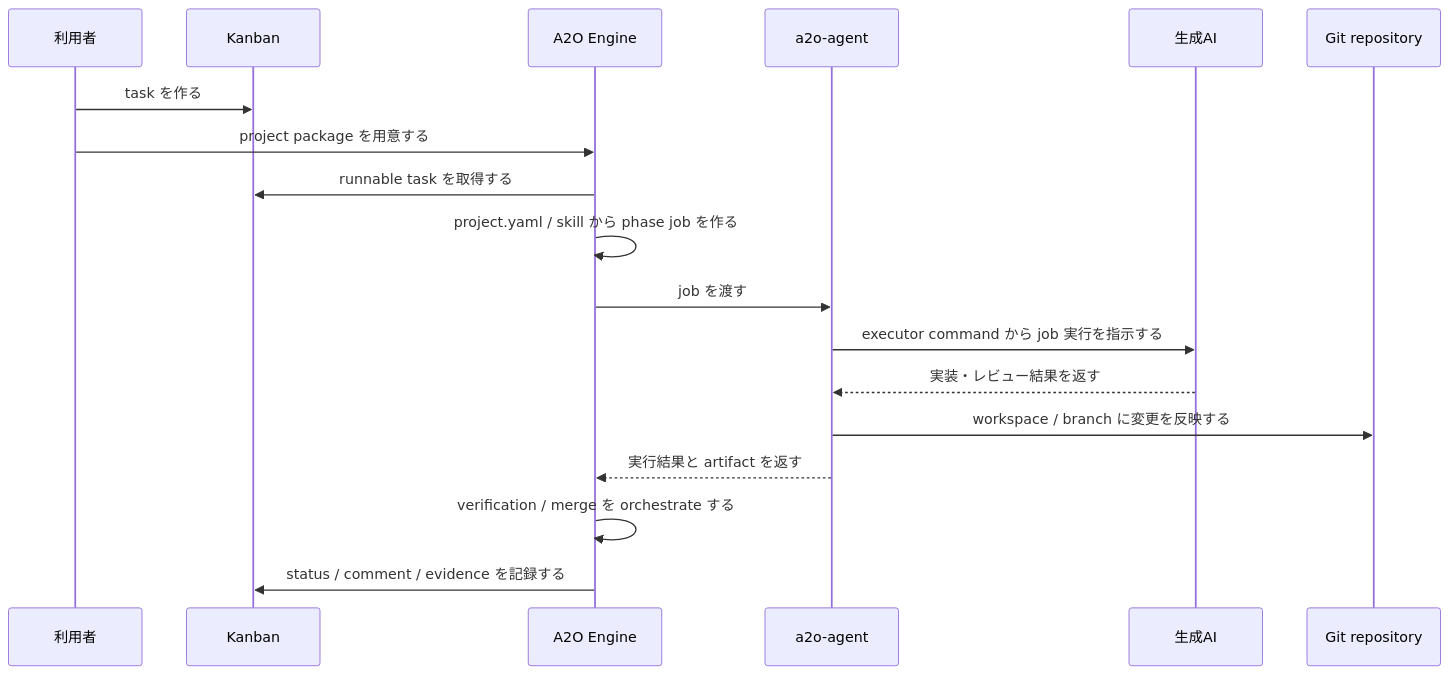
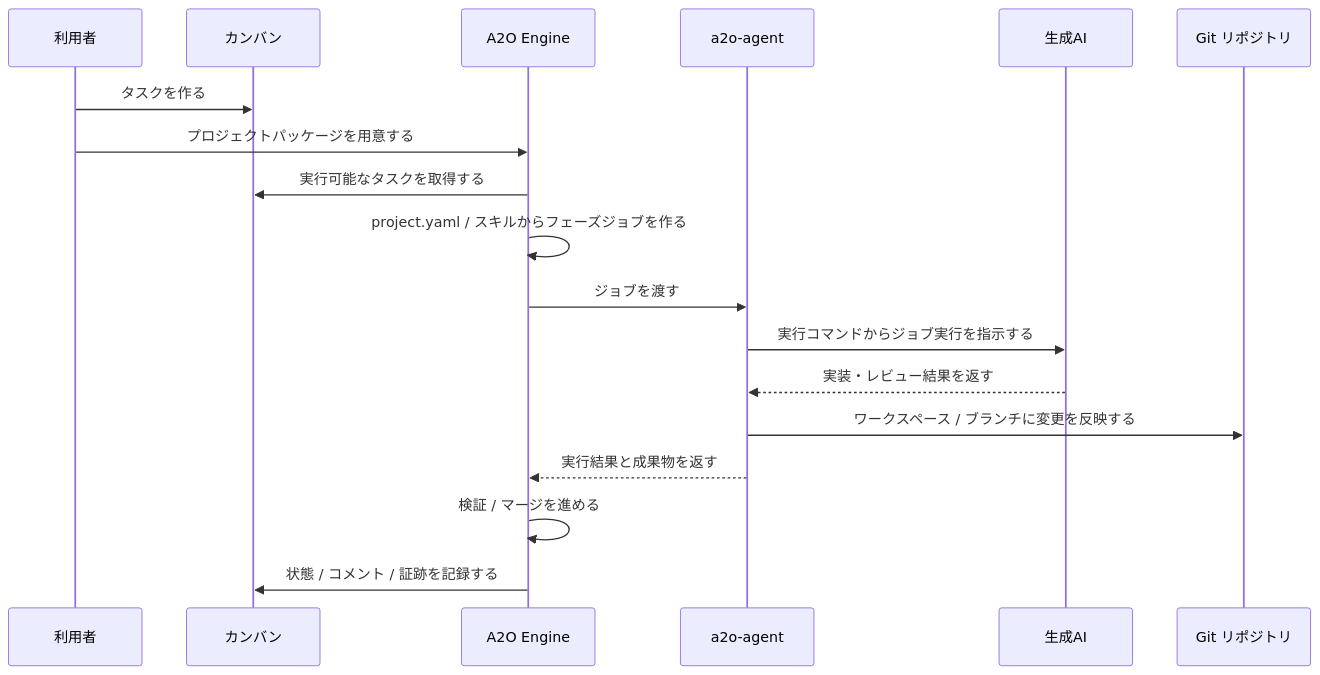
One commit to wamukat/a2o changed the diagram in docs/ja/user/00-overview.md. Above: the diagram before and after it, drawn with Mermaid. The commit also changed other lines of this file and 21 other files, not shown here.

````diff
--- a/docs/ja/user/00-overview.md
+++ b/docs/ja/user/00-overview.md
@@ -21,21 +21,21 @@
 ```mermaid
 sequenceDiagram
   participant U as 利用者
-  participant K as Kanban
+  participant K as カンバン
   participant E as A2O Engine
   participant A as a2o-agent
   participant AI as 生成AI
-  participant G as Git repository
+  participant G as Git リポジトリ
 
-  U->>K: task を作る
-  U->>E: project package を用意する
-  E->>K: runnable task を取得する
-  E->>E: project.yaml / skill から phase job を作る
-  E->>A: job を渡す
-  A->>AI: executor command から job 実行を指示する
+  U->>K: タスクを作る
+  U->>E: プロジェクトパッケージを用意する
+  E->>K: 実行可能なタスクを取得する
+  E->>E: project.yaml / スキルからフェーズジョブを作る
+  E->>A: ジョブを渡す
+  A->>AI: 実行コマンドからジョブ実行を指示する
   AI-->>A: 実装・レビュー結果を返す
-  A->>G: workspace / branch に変更を反映する
-  A-->>E: 実行結果と artifact を返す
-  E->>E: verification / merge を orchestrate する
-  E->>K: status / comment / evidence を記録する
+  A->>G: ワークスペース / ブランチに変更を反映する
+  A-->>E: 実行結果と成果物を返す
+  E->>E: 検証 / マージを進める
+  E->>K: 状態 / コメント / 証跡を記録する
 ```
````
